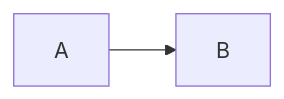
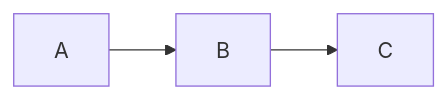
The first of 2 diagrams in website/docs/introduction.mdx (mkeithX/mkeithx.github.io), drawn with Mermaid before and after one commit. The commit also changed other lines of this file and 13 other files, not shown here.

````diff
--- a/website/docs/introduction.mdx
+++ b/website/docs/introduction.mdx
@@ -28,4 +86,4 @@
   ```mermaid
     graph LR;
-    A-->B;
+    A-->B-->C;
   ```
````
